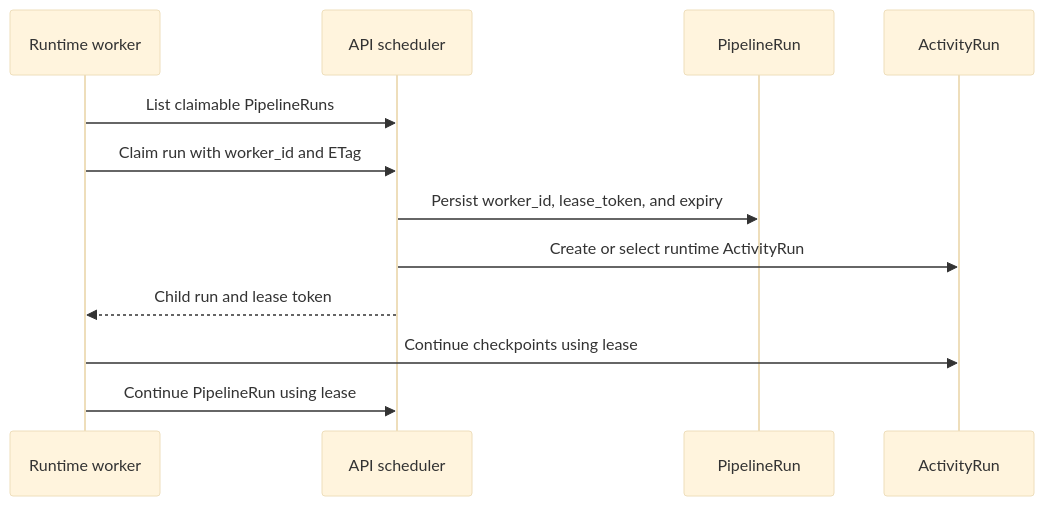
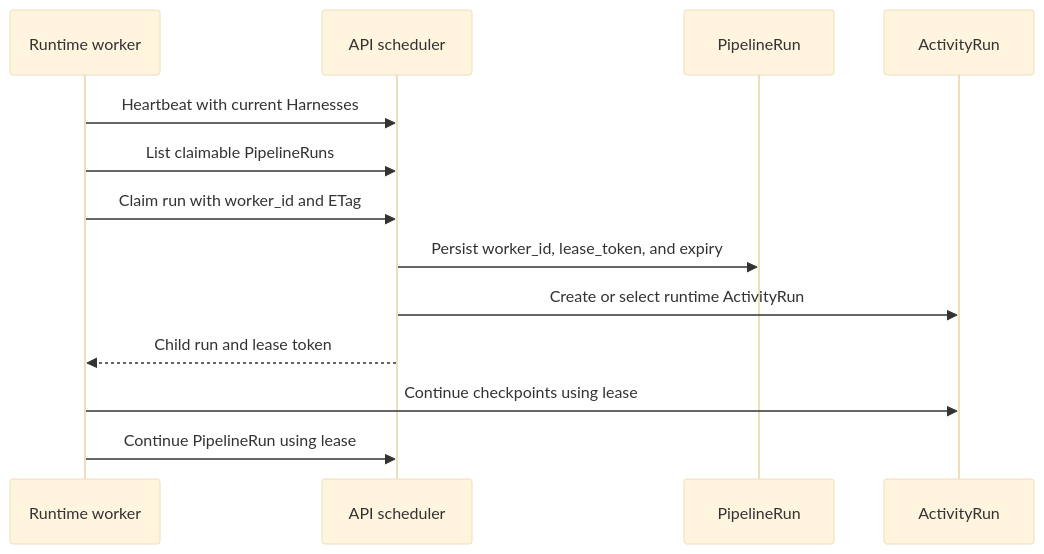
The first of 2 diagrams in doc/worker-overview.md (looping-louie/runtime), drawn with Mermaid (base theme) before and after one commit. The commit also changed other lines of this file and 10 other files, not shown here.

````diff
--- a/doc/worker-overview.md
+++ b/doc/worker-overview.md
@@ -26,15 +29,16 @@
 ```mermaid
 sequenceDiagram
     participant Runtime as Runtime worker
     participant API as API scheduler
     participant Run as PipelineRun
     participant Child as ActivityRun
 
+    Runtime->>API: Heartbeat with current Harnesses
     Runtime->>API: List claimable PipelineRuns
     Runtime->>API: Claim run with worker_id and ETag
     API->>Run: Persist worker_id, lease_token, and expiry
     API->>Child: Create or select runtime ActivityRun
     API-->>Runtime: Child run and lease token
     Runtime->>Child: Continue checkpoints using lease
     Runtime->>API: Continue PipelineRun using lease
 ```
````
